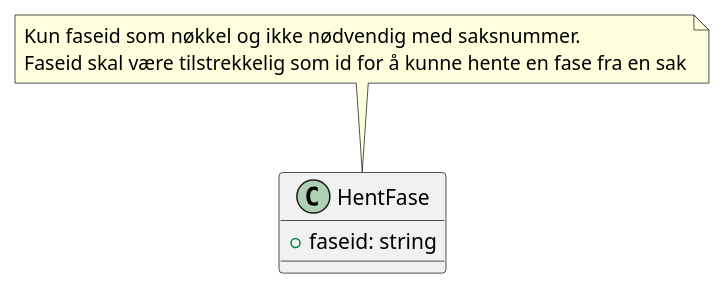
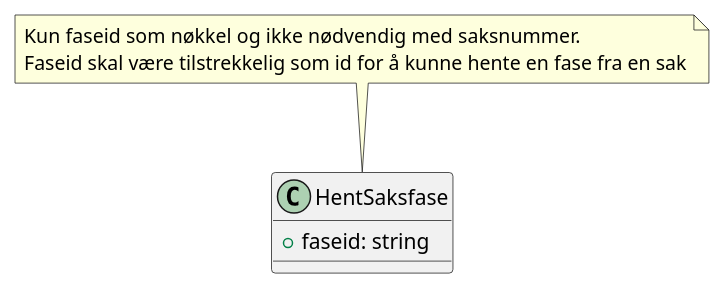
The diagram in Dokumentasjon/V1/ClassDiagrams/no.ks.fiks.saksfaser.v1.saksfase.hent/classdiagram.pu (ks-no/fiks-saksfaser-specification), drawn with PlantUML before and after one commit. The commit also changed 3 other files, not shown here.

Commit message:
Fikset uml lenke

```diff
--- a/Dokumentasjon/V1/ClassDiagrams/no.ks.fiks.saksfaser.v1.saksfase.hent/classdiagram.pu
+++ b/Dokumentasjon/V1/ClassDiagrams/no.ks.fiks.saksfaser.v1.saksfase.hent/classdiagram.pu
@@ -1,6 +1,6 @@
 @startuml
-class HentFase {
+class HentSaksfase {
     +faseid: string
 }
-note top of HentFase : Kun faseid som nøkkel og ikke nødvendig med saksnummer.\nFaseid skal være tilstrekkelig som id for å kunne hente en fase fra en sak 
+note top of HentSaksfase : Kun faseid som nøkkel og ikke nødvendig med saksnummer.\nFaseid skal være tilstrekkelig som id for å kunne hente en fase fra en sak 
 @enduml
```
